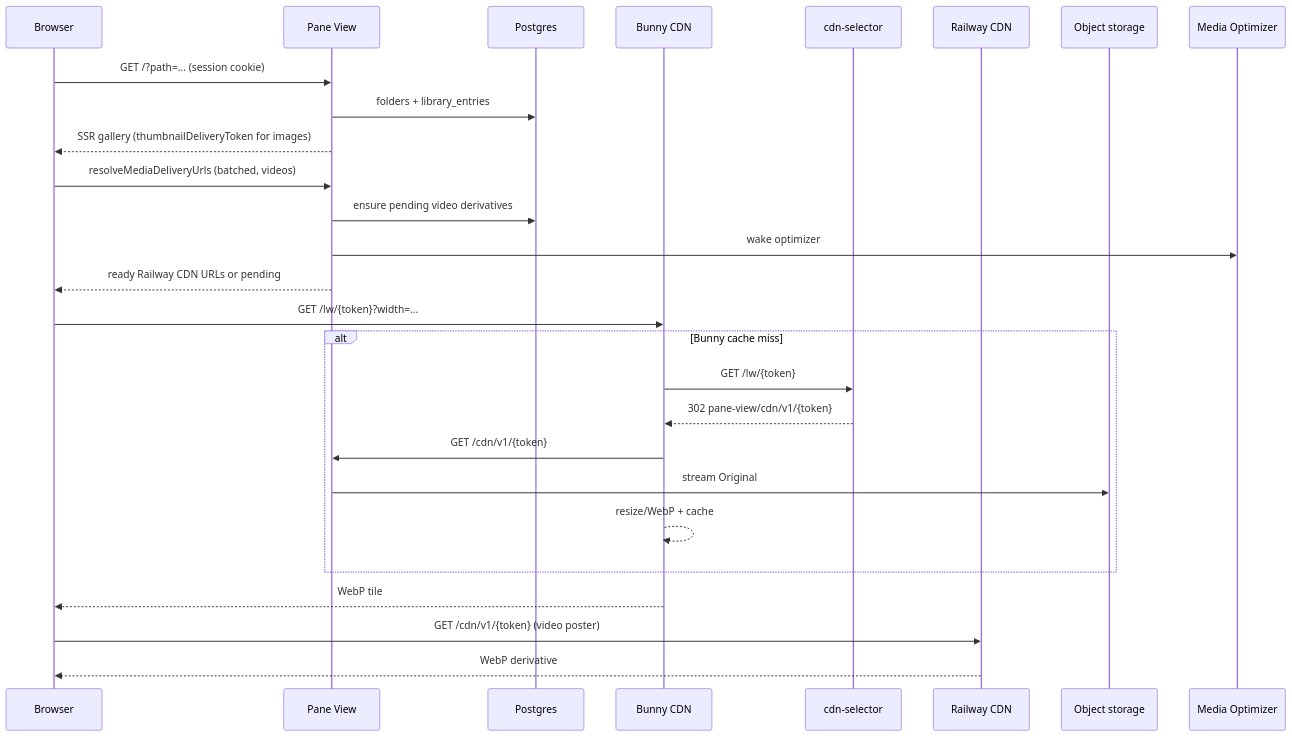
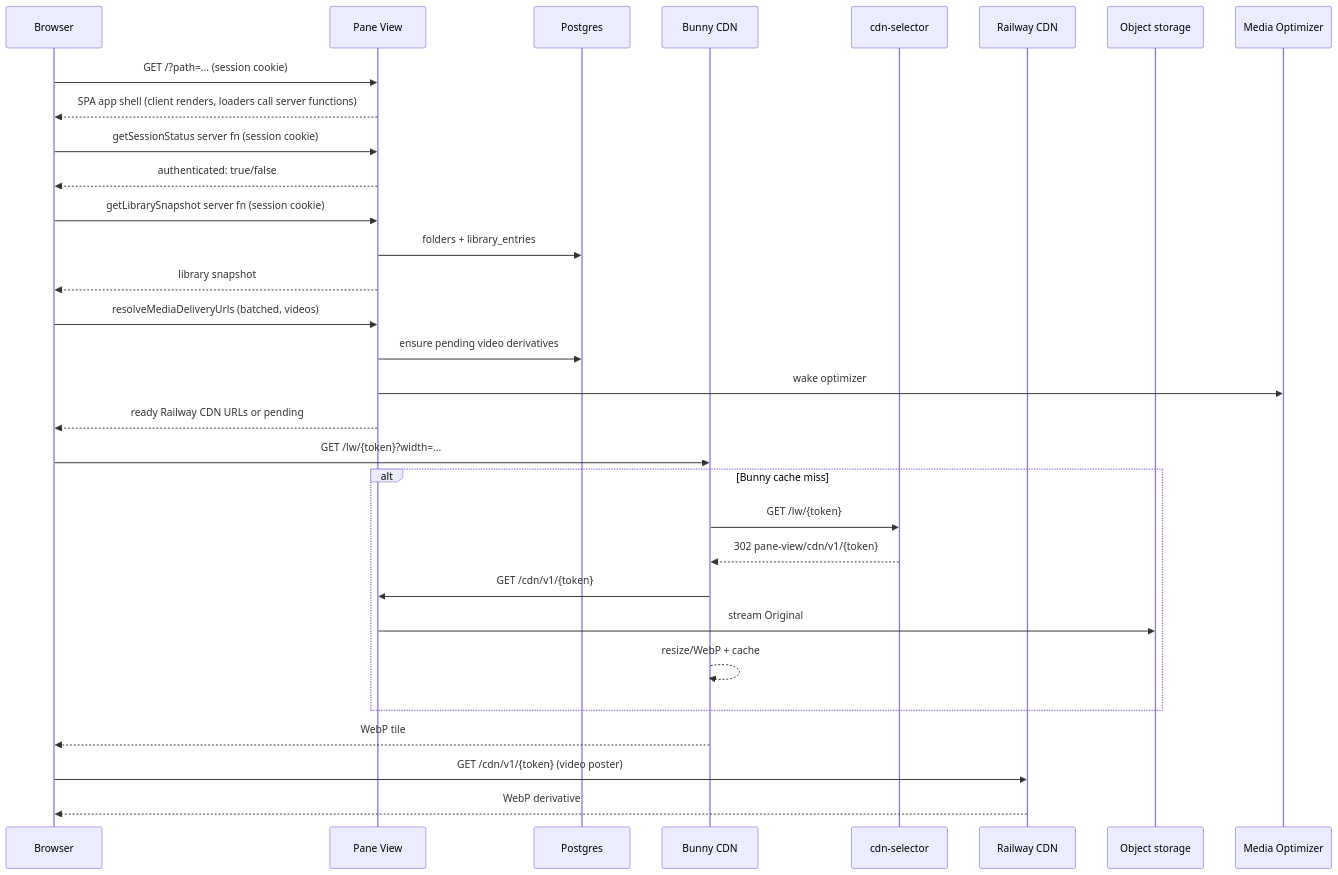
One commit to Traydr/latch-works changed the fourth of 7 diagrams in docs/ARCHITECTURE.md. Above: the diagram before and after it, drawn with Mermaid. The commit also changed other lines of this file, not shown here.

Commit message:
Update ARCHITECTURE.md to reflect Pane View SPA UI rendering

````diff
--- a/docs/ARCHITECTURE.md
+++ b/docs/ARCHITECTURE.md
@@ -389,33 +391,37 @@
 ```mermaid
 sequenceDiagram
   participant B as Browser
   participant PV as Pane View
   participant DB as Postgres
   participant Bunny as Bunny CDN
   participant CS as cdn-selector
   participant RCDN as Railway CDN
   participant S3 as Object storage
   participant MO as Media Optimizer
 
   B->>PV: GET /?path=... (session cookie)
+  PV-->>B: SPA app shell (client renders, loaders call server functions)
+  B->>PV: getSessionStatus server fn (session cookie)
+  PV-->>B: authenticated: true/false
+  B->>PV: getLibrarySnapshot server fn (session cookie)
   PV->>DB: folders + library_entries
-  PV-->>B: SSR gallery (thumbnailDeliveryToken for images)
+  PV-->>B: library snapshot
 
   B->>PV: resolveMediaDeliveryUrls (batched, videos)
   PV->>DB: ensure pending video derivatives
   PV->>MO: wake optimizer
   PV-->>B: ready Railway CDN URLs or pending
 
   B->>Bunny: GET /lw/{token}?width=...
   alt Bunny cache miss
     Bunny->>CS: GET /lw/{token}
     CS-->>Bunny: 302 pane-view/cdn/v1/{token}
     Bunny->>PV: GET /cdn/v1/{token}
     PV->>S3: stream Original
     Bunny-->>Bunny: resize/WebP + cache
   end
   Bunny-->>B: WebP tile
 
   B->>RCDN: GET /cdn/v1/{token} (video poster)
   RCDN-->>B: WebP derivative
 ```
````
